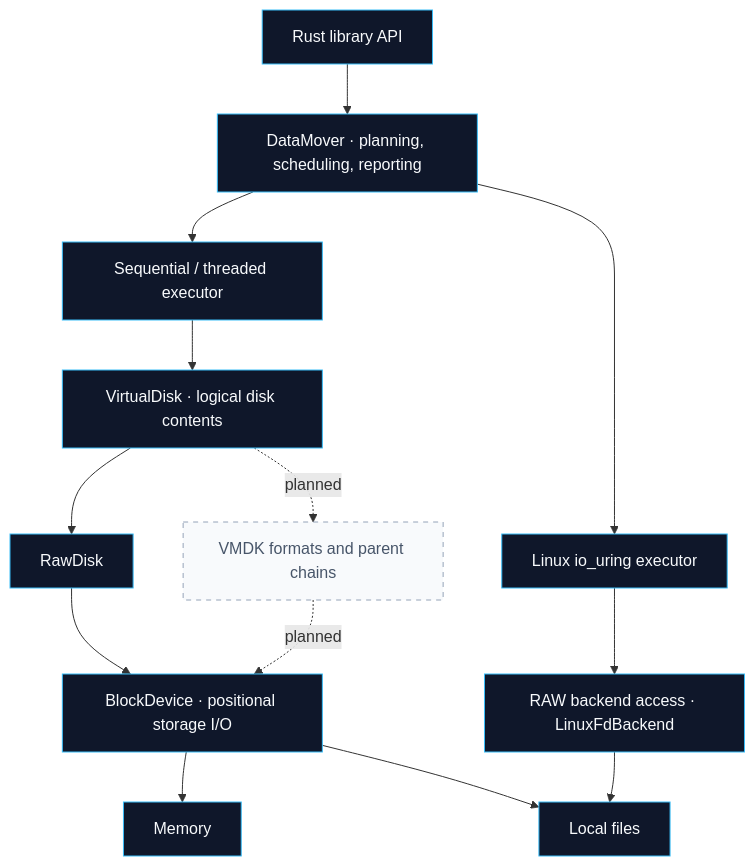
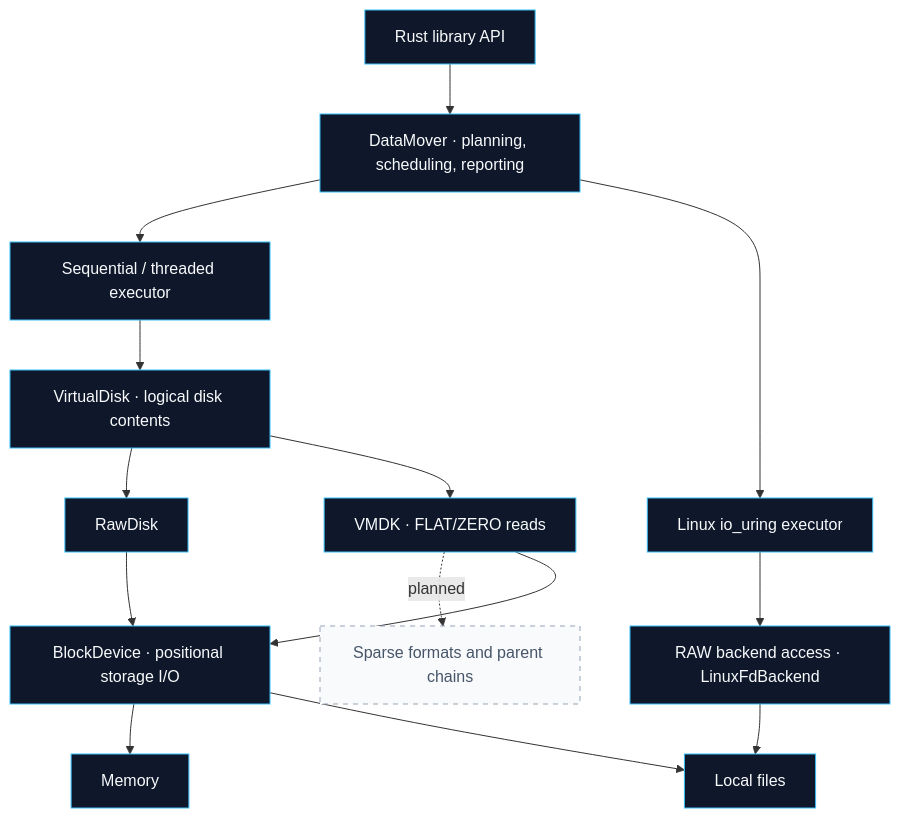
Before and after one commit to arencloud/rvvdk: the diagram in README.md, drawn with Mermaid. The commit also changed other lines of this file and 184 other files, not shown here.

Commit message:
feat(vmdk): add read-only FLAT and ZERO logical disks

````diff
--- a/README.md
+++ b/README.md
@@ -130,20 +131,21 @@
 ```mermaid
 flowchart TD
     API["Rust library API"] --> Mover["DataMover · planning, scheduling, reporting"]
     Mover --> Portable["Sequential / threaded executor"]
     Mover --> Native["Linux io_uring executor"]
     Portable --> Logical["VirtualDisk · logical disk contents"]
     Logical --> Raw["RawDisk"]
     Raw --> Device["BlockDevice · positional storage I/O"]
     Device --> Memory["Memory"]
     Device --> Local["Local files"]
     Native --> FD["RAW backend access · LinuxFdBackend"]
     FD --> Local
-    Logical -. "planned" .-> VMDK["VMDK formats and parent chains"]
-    VMDK -. "planned" .-> Device
+    Logical --> VMDK["VMDK · FLAT/ZERO reads"]
+    VMDK -. "planned" .-> Parents["Sparse formats and parent chains"]
+    VMDK --> Device
 
     classDef implemented fill:#0f172a,stroke:#38bdf8,color:#f8fafc;
     classDef planned fill:#f8fafc,stroke:#94a3b8,color:#475569,stroke-dasharray:5 5;
-    class API,Mover,Portable,Native,Logical,Raw,Device,Memory,Local,FD implemented;
-    class VMDK planned;
+    class API,Mover,Portable,Native,Logical,Raw,Device,Memory,Local,FD,VMDK implemented;
+    class Parents planned;
 ```
````
